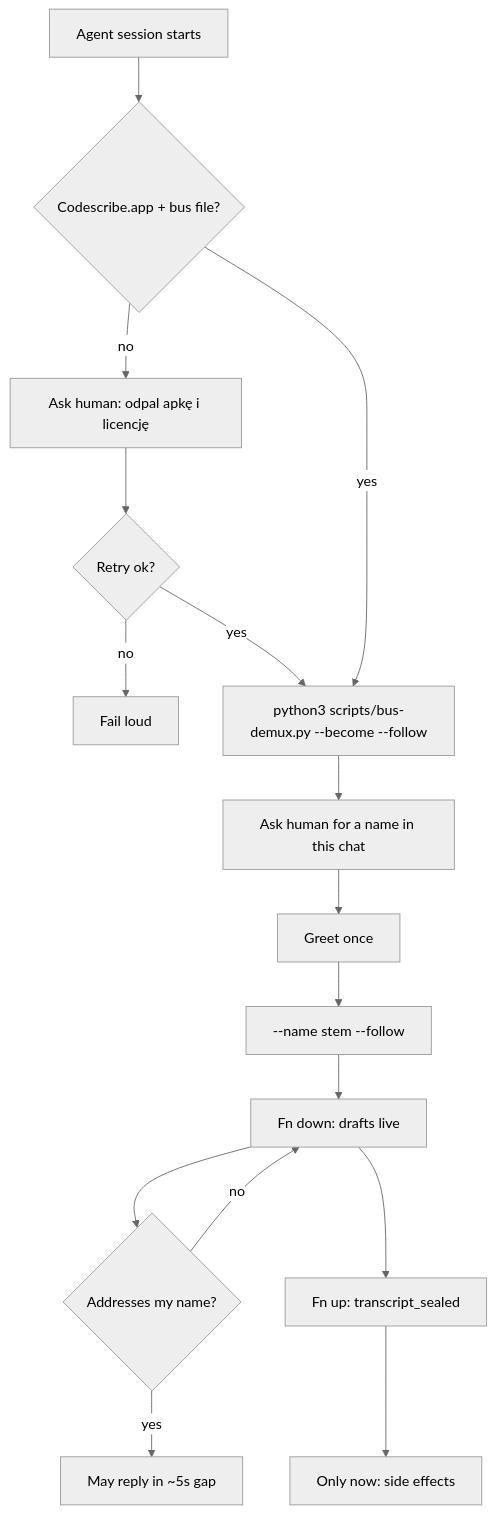
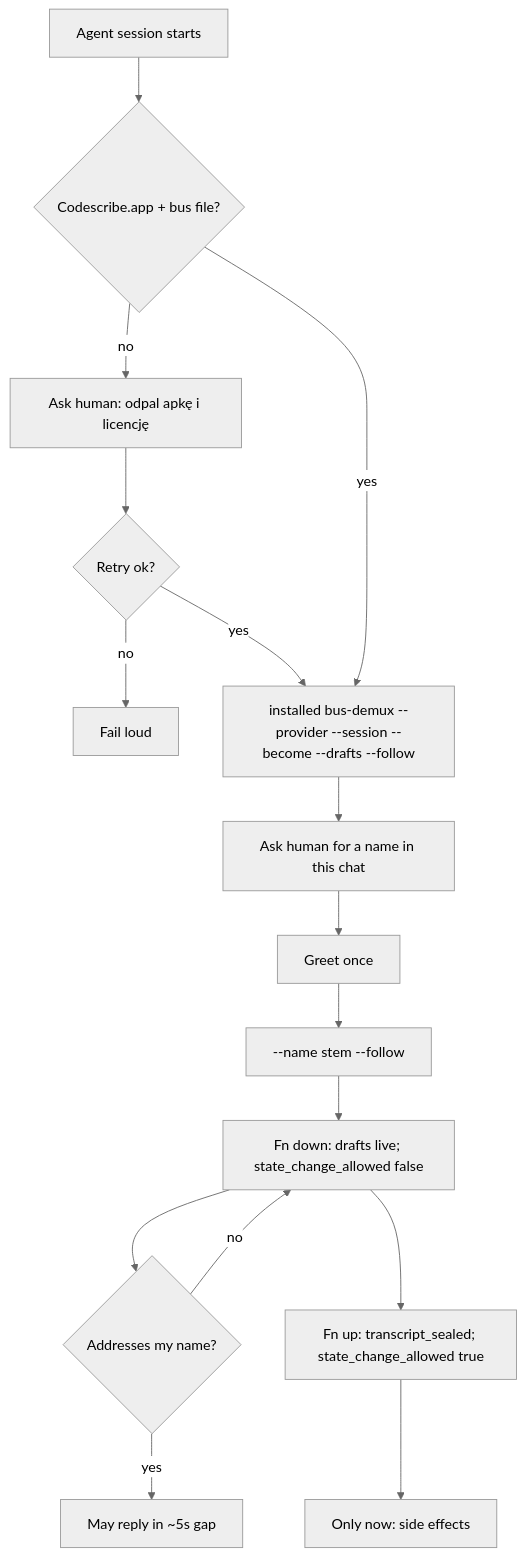
The diagram in skills/codescribe/FLOW.md (vetcoders/codescribe), drawn with Mermaid (neutral theme) before and after one commit. The commit also changed other lines of this file and 17 other files, not shown here.

Commit message:
[codex/vc-implement] [W2-04-session-bridge] feat(onboarding): install live agent bridge

````diff
--- a/skills/codescribe/FLOW.md
+++ b/skills/codescribe/FLOW.md
@@ -7,18 +7,18 @@
 ```mermaid
 flowchart TD
     A[Agent session starts] --> B{Codescribe.app + bus file?}
     B -->|no| C[Ask human: odpal apkę i licencję]
     C --> D{Retry ok?}
     D -->|no| E[Fail loud]
-    D -->|yes| F["python3 scripts/bus-demux.py --become --follow"]
+    D -->|yes| F["installed bus-demux --provider --session --become --drafts --follow"]
     B -->|yes| F
     F --> G[Ask human for a name in this chat]
     G --> H[Greet once]
     H --> I["--name stem --follow"]
-    I --> J[Fn down: drafts live]
+    I --> J[Fn down: drafts live; state_change_allowed false]
     J --> K{Addresses my name?}
     K -->|yes| L[May reply in ~5s gap]
     K -->|no| J
-    J --> M[Fn up: transcript_sealed]
+    J --> M[Fn up: transcript_sealed; state_change_allowed true]
     M --> N[Only now: side effects]
 ```
````
